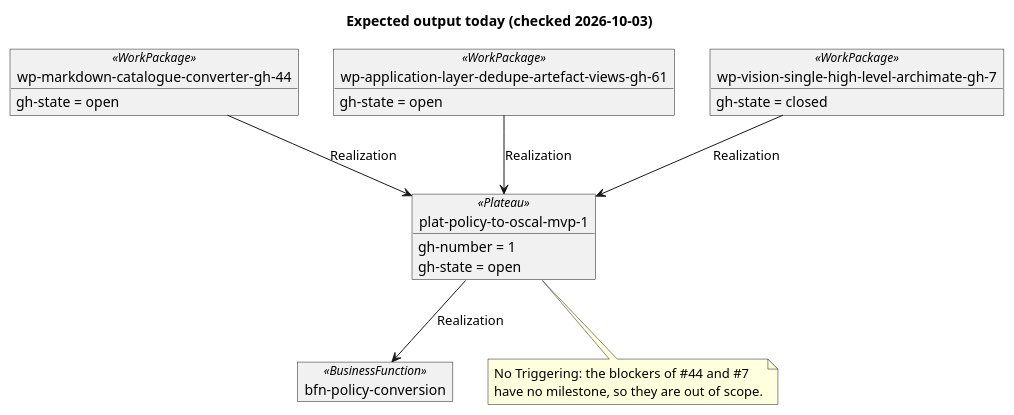
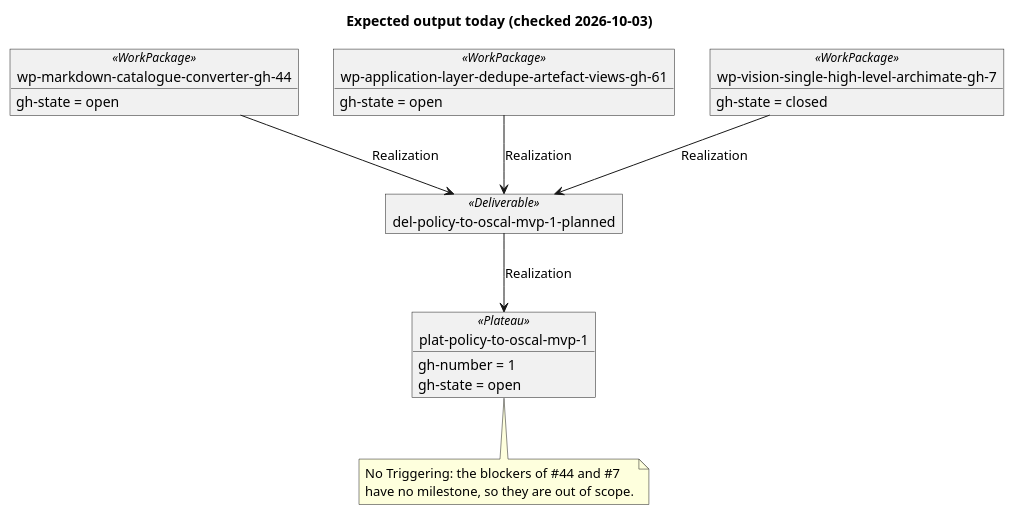
Before and after one commit to wolffy-au/frictionless-architect: the diagram in specs/003-gh-roadmap-archimate/quickstart.md, drawn with PlantUML. The commit also changed other lines of this file and 4 other files, not shown here.

````diff
--- a/specs/003-gh-roadmap-archimate/quickstart.md
+++ b/specs/003-gh-roadmap-archimate/quickstart.md
@@ -25,27 +27,27 @@
 ```plantuml
 @startuml
 title Expected output today (checked 2026-10-03)
 hide empty members
 
 object "plat-policy-to-oscal-mvp-1" as P <<Plateau>> {
   gh-number = 1
   gh-state = open
 }
 object "wp-markdown-catalogue-converter-gh-44" as W44 <<WorkPackage>> {
   gh-state = open
 }
 object "wp-application-layer-dedupe-artefact-views-gh-61" as W61 <<WorkPackage>> {
   gh-state = open
 }
 object "wp-vision-single-high-level-archimate-gh-7" as W7 <<WorkPackage>> {
   gh-state = closed
 }
-object "bfn-policy-conversion" as BF <<BusinessFunction>>
+object "del-policy-to-oscal-mvp-1-planned" as D <<Deliverable>>
 
-W44 --> P : Realization
-W61 --> P : Realization
-W7 --> P : Realization
-P --> BF : Realization
+W44 --> D : Realization
+W61 --> D : Realization
+W7 --> D : Realization
+D --> P : Realization
 note bottom of P : No Triggering: the blockers of #44 and #7\nhave no milestone, so they are out of scope.
 @enduml
 ```
````
